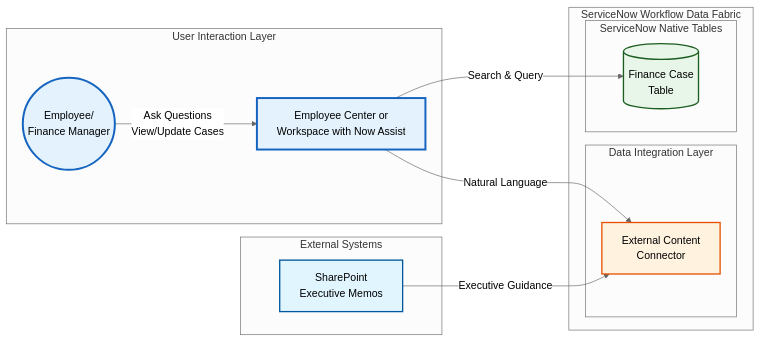
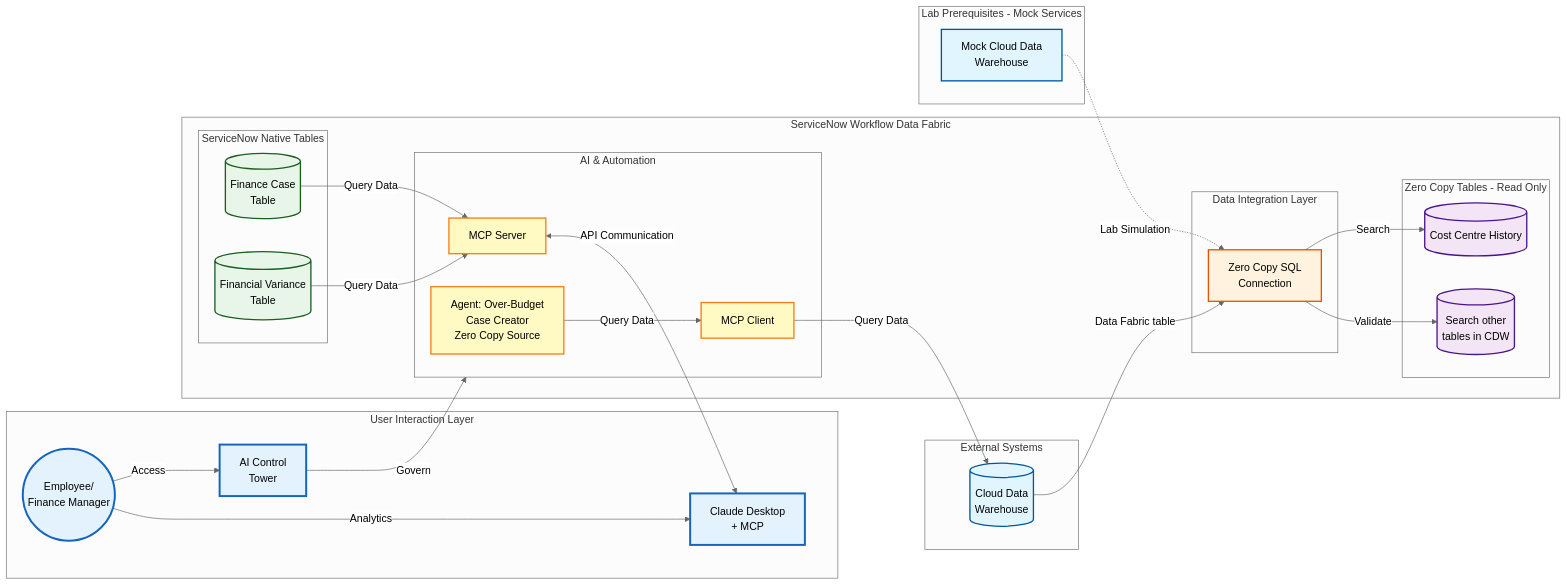
Before and after one commit to leojacinto/WorkflowDataFabric-TypeA: the diagram in 6_MCP_and_AI_Control_Tower.md, drawn with Mermaid (neutral theme). The commit also changed other lines of this file and 3 other files, not shown here.

````diff
--- a/6_MCP_and_AI_Control_Tower.md
+++ b/6_MCP_and_AI_Control_Tower.md
@@ -13,41 +13,72 @@
 ```mermaid
 graph LR
     subgraph "User Interaction Layer"
         Employee((Employee/<br/>Finance Manager))
-        EC[Employee Center or<br/> Workspace with Now Assist]
+        ClaudeDesktop[Claude Desktop<br/>+ MCP]
+        ControlTower[AI Control<br/>Tower]
     end
 
     subgraph "External Systems"
-        SharePoint[SharePoint<br/>Executive Memos]
+        CDW[(Cloud Data<br/>Warehouse)]
     end
 
     subgraph "ServiceNow Workflow Data Fabric"
+        subgraph "ServiceNow Native Tables"
+            FinCase[(Finance Case<br/>Table)]
+            FinVar[(Financial Variance<br/>Table)]
+        end
         subgraph "Data Integration Layer"
-            ExtContent[External Content<br/>Connector]
+            ZeroCopySQL[Zero Copy SQL<br/>Connection]
         end
 
-        subgraph "ServiceNow Native Tables"
-            FinCase[(Finance Case<br/>Table)]
+        subgraph "Zero Copy Tables - Read Only"
+            ZCCH[(Cost Centre History)]
+            ZCCO[(Search other<br/>tables in CDW)]
+        end
+
+        subgraph AI[AI & Automation]
+            Agent1[Agent: Over-Budget<br/>Case Creator<br/>Zero Copy Source]
+            MCPS[MCP Server]
+            MCPC[MCP Client]
         end
     end
 
+    subgraph "Lab Prerequisites - Mock Services"
+        MockCDW[Mock Cloud Data<br/>Warehouse]
+    end
+
     %% Data Flow Connections
-    SharePoint -->|Executive Guidance| ExtContent
+    CDW -->|Data Fabric table| ZeroCopySQL
+    MockCDW -.->|Lab Simulation| ZeroCopySQL
+    ZeroCopySQL --> |Search|ZCCH
+    ZeroCopySQL --> |Validate|ZCCO
+
+    %% MCP Server Connection
+    FinVar -->|Query Data| MCPS
+    FinCase -->|Query Data| MCPS
+    MCPS <-->|API Communication| ClaudeDesktop
+
+    %% MCP Client Connection
+    Agent1 -->|Query Data| MCPC
+    MCPC -->|Query Data| CDW
 
     %% User Interaction Connections
-    Employee -->|Ask Questions<br/>View/Update Cases| EC
-    EC -->|Search & Query| FinCase
-    EC -->|Natural Language| ExtContent
+    Employee -->|Access| ControlTower -->|Govern| AI
+    Employee -->|Analytics| ClaudeDesktop
 
     %% Styling
     classDef external fill:#e1f5ff,stroke:#01579b,stroke-width:2px
     classDef integration fill:#fff3e0,stroke:#e65100,stroke-width:2px
+    classDef zeroCopy fill:#f3e5f5,stroke:#4a148c,stroke-width:2px
     classDef native fill:#e8f5e9,stroke:#1b5e20,stroke-width:2px
     classDef ai fill:#fff9c4,stroke:#f57f17,stroke-width:2px
     classDef user fill:#e3f2fd,stroke:#1565c0,stroke-width:3px
 
-    class SharePoint external
-    class ExtContent integration
-    class FinCase native
-    class Employee,EC user
+    class ERP,ExpenseAPI,SharePoint,CDW,MockERP,MockExpense,MockCDW external
+    class ZeroCopySQL,ZeroCopyERP,IntHub,ExtContent integration
+    class ZCCC,ZCCH,ZCCO,ZCExp zeroCopy
+    class ExpenseTable,FinCase,FinVar native
+    class Agent1,Agent2,Agent3,RAG,NASK,FlowAction,MCPS,MCPC,Lens,DocIntel ai
+    class Employee,EC,ControlTower,ClaudeDesktop user
+
 ```
````
